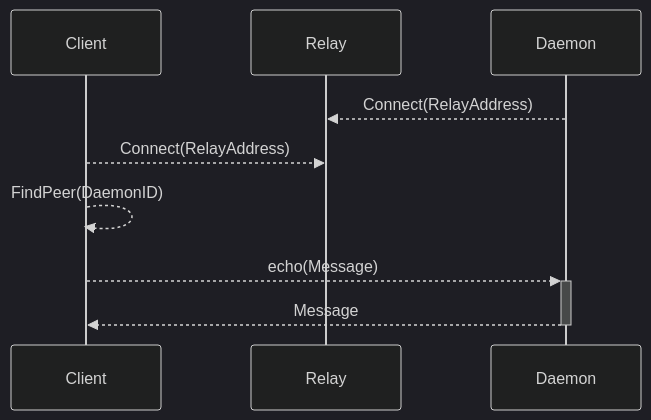
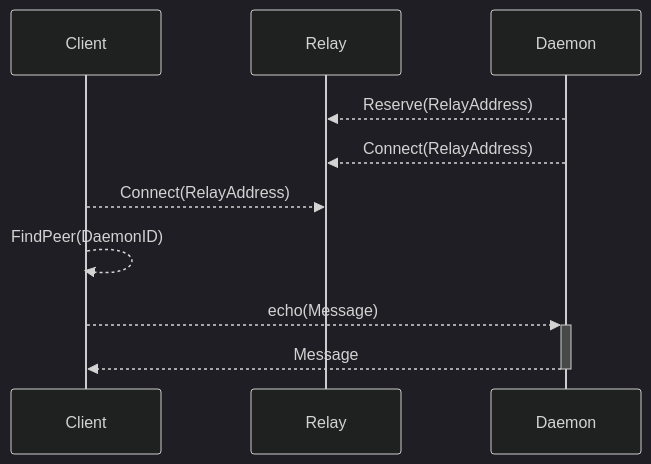
The diagram in examples/readme.md (threefoldtech/libp2p-relay), drawn with Mermaid (dark theme) before and after one commit. The commit also changed 4 other files, not shown here.

````diff
--- a/examples/readme.md
+++ b/examples/readme.md
@@ -7,11 +7,12 @@
 ```mermaid
 sequenceDiagram
     participant Client
     participant Relay
-    participant Daemon 
-    Daemon -->> Relay: Connect(RelayAddress) 
+    participant Daemon
+    Daemon -->> Relay: Reserve(RelayAddress)
+    Daemon -->> Relay: Connect(RelayAddress)
     Client -->> Relay: Connect(RelayAddress)
     Client -->> Client:FindPeer(DaemonID)
     Client -->> +Daemon: echo(Message)
     Daemon -->> -Client:Message
 ```
````
